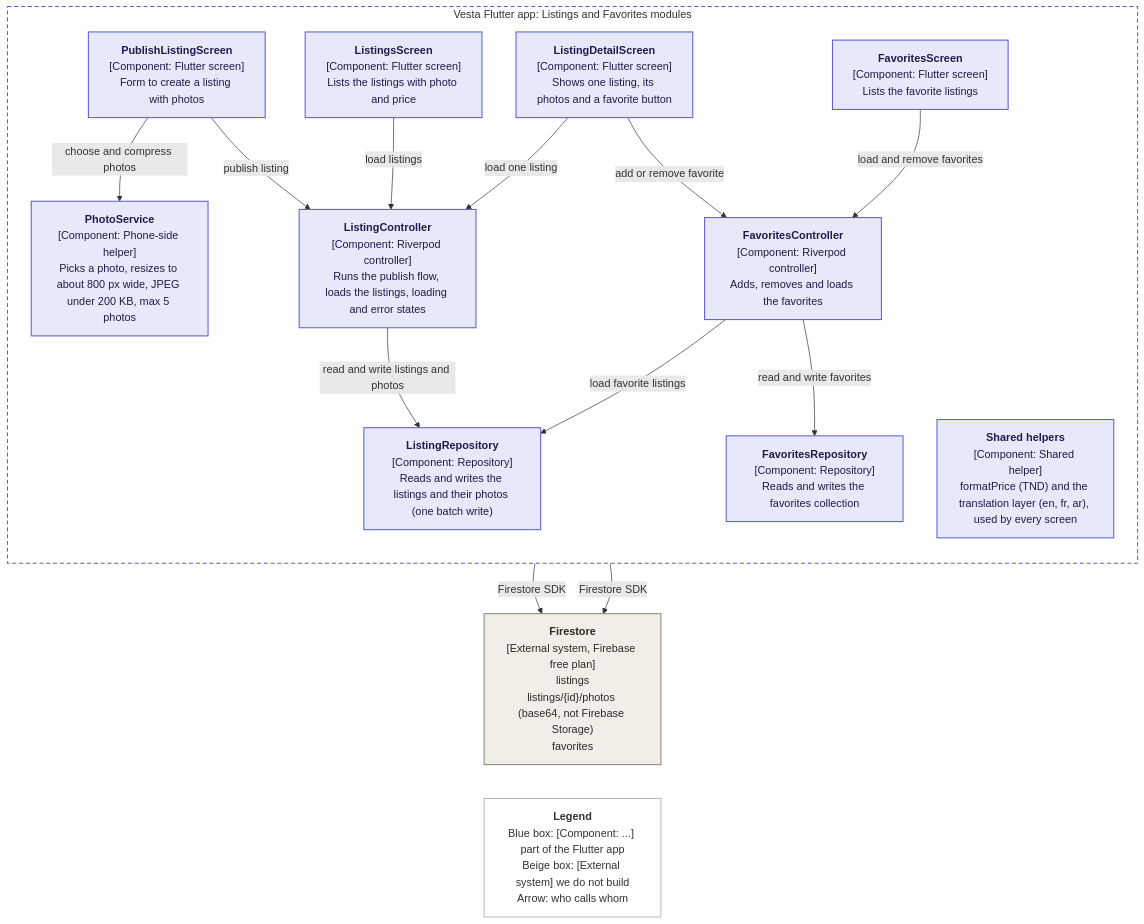
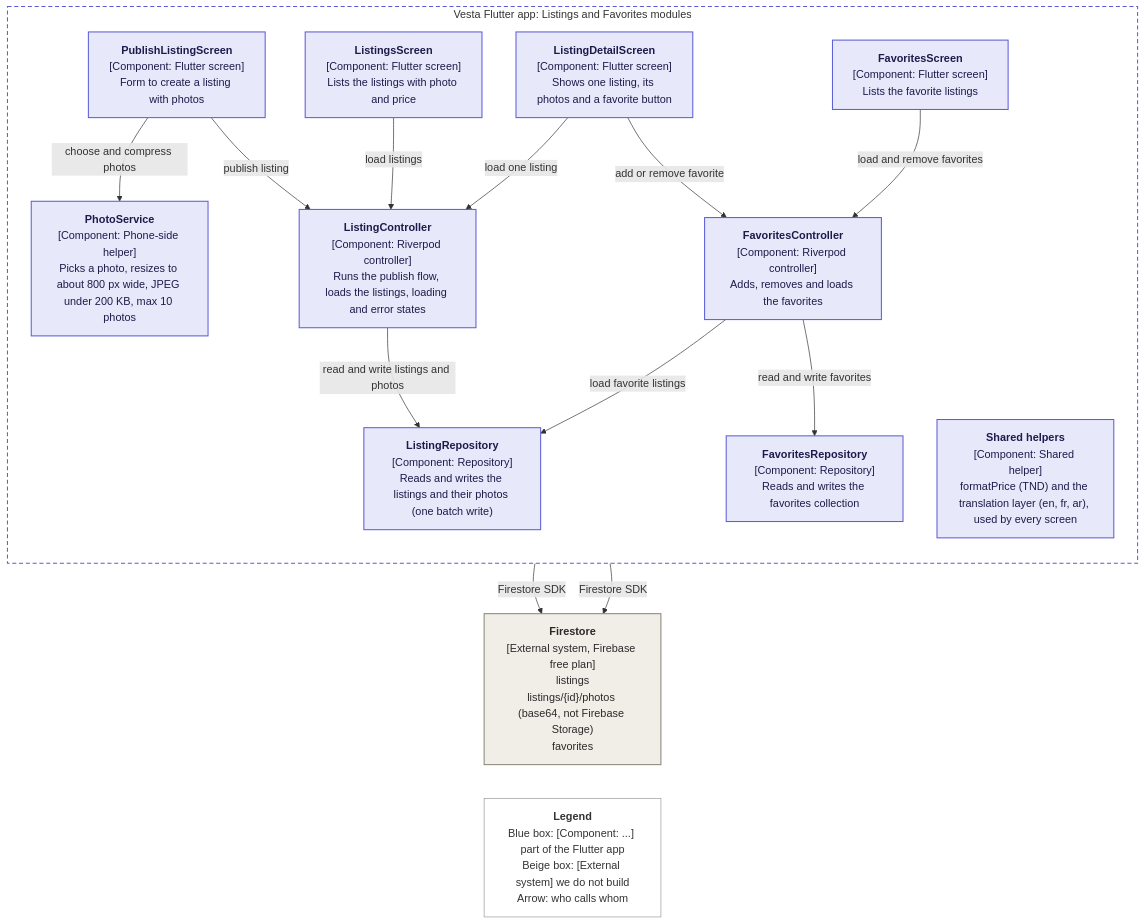
Before and after one commit to manar09-code/vesta: the diagram in docs/c4/level3-listings-favorites.mmd, drawn with Mermaid. The commit also changed 23 other files, not shown here.

```diff
--- a/docs/c4/level3-listings-favorites.mmd
+++ b/docs/c4/level3-listings-favorites.mmd
@@ -1,46 +1,46 @@
 %% C4 level 3: Listings and Favorites components of the Flutter app (VST-28)
 %% Rule: Screen -> Controller -> Repository -> Firebase. A screen never talks to Firebase directly.
 flowchart TB
   subgraph APP["Vesta Flutter app: Listings and Favorites modules"]
     direction TB
     PublishScreen["<b>PublishListingScreen</b><br/>[Component: Flutter screen]<br/>Form to create a listing with photos"]
     ListScreen["<b>ListingsScreen</b><br/>[Component: Flutter screen]<br/>Lists the listings with photo and price"]
     DetailScreen["<b>ListingDetailScreen</b><br/>[Component: Flutter screen]<br/>Shows one listing, its photos and a favorite button"]
     FavScreen["<b>FavoritesScreen</b><br/>[Component: Flutter screen]<br/>Lists the favorite listings"]
     Shared["<b>Shared helpers</b><br/>[Component: Shared helper]<br/>formatPrice (TND) and the translation layer (en, fr, ar), used by every screen"]
 
-    Photo["<b>PhotoService</b><br/>[Component: Phone-side helper]<br/>Picks a photo, resizes to about 800 px wide, JPEG under 200 KB, max 5 photos"]
+    Photo["<b>PhotoService</b><br/>[Component: Phone-side helper]<br/>Picks a photo, resizes to about 800 px wide, JPEG under 200 KB, max 10 photos"]
     ListC["<b>ListingController</b><br/>[Component: Riverpod controller]<br/>Runs the publish flow, loads the listings, loading and error states"]
     FavC["<b>FavoritesController</b><br/>[Component: Riverpod controller]<br/>Adds, removes and loads the favorites"]
 
     ListR["<b>ListingRepository</b><br/>[Component: Repository]<br/>Reads and writes the listings and their photos (one batch write)"]
     FavR["<b>FavoritesRepository</b><br/>[Component: Repository]<br/>Reads and writes the favorites collection"]
   end
 
   FStore["<b>Firestore</b><br/>[External system, Firebase free plan]<br/>listings<br/>listings/{id}/photos (base64, not Firebase Storage)<br/>favorites"]
 
   Legend["<b>Legend</b><br/>Blue box: [Component: ...] part of the Flutter app<br/>Beige box: [External system] we do not build<br/>Arrow: who calls whom"]
 
   PublishScreen -->|"choose and compress photos"| Photo
   PublishScreen -->|"publish listing"| ListC
   ListScreen -->|"load listings"| ListC
   DetailScreen -->|"load one listing"| ListC
   DetailScreen -->|"add or remove favorite"| FavC
   FavScreen -->|"load and remove favorites"| FavC
 
   ListC -->|"read and write listings and photos"| ListR
   FavC -->|"load favorite listings"| ListR
   FavC -->|"read and write favorites"| FavR
 
   ListR -->|"Firestore SDK"| FStore
   FavR -->|"Firestore SDK"| FStore
 
   FStore ~~~ Legend
 
   classDef component fill:#e8e8fb,stroke:#5b5bd6,stroke-width:1.5px,color:#1c1c4a;
   classDef external fill:#f1eee8,stroke:#8a8578,stroke-width:1.5px,color:#2a2a2a;
   classDef legend fill:#ffffff,stroke:#999999,stroke-width:1px,color:#333333;
   class ListScreen,DetailScreen,PublishScreen,FavScreen,Photo,ListC,FavC,ListR,FavR,Shared component;
   class FStore external;
   class Legend legend;
   style APP fill:#ffffff,stroke:#5b5bd6,stroke-width:1.5px,stroke-dasharray:6 4;
```
